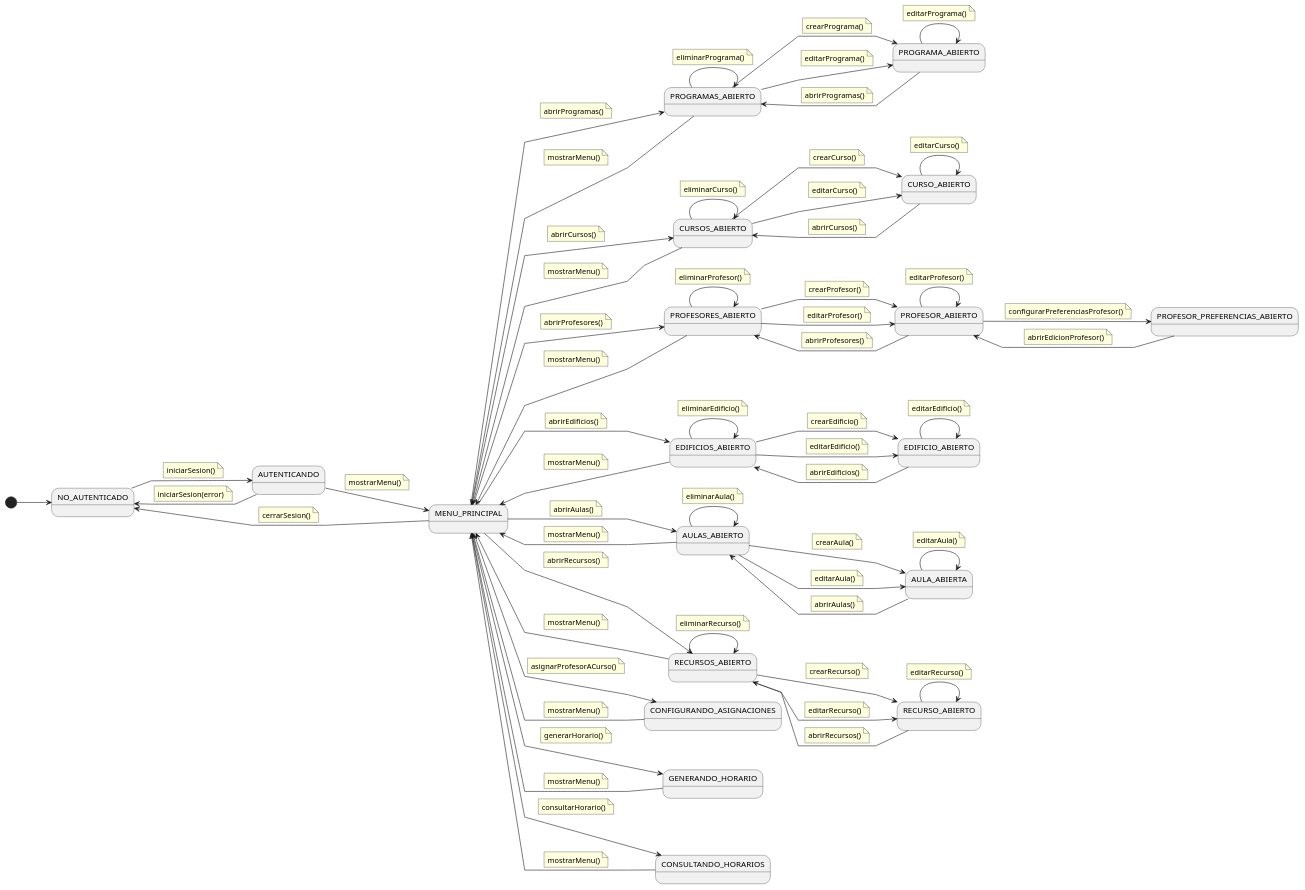
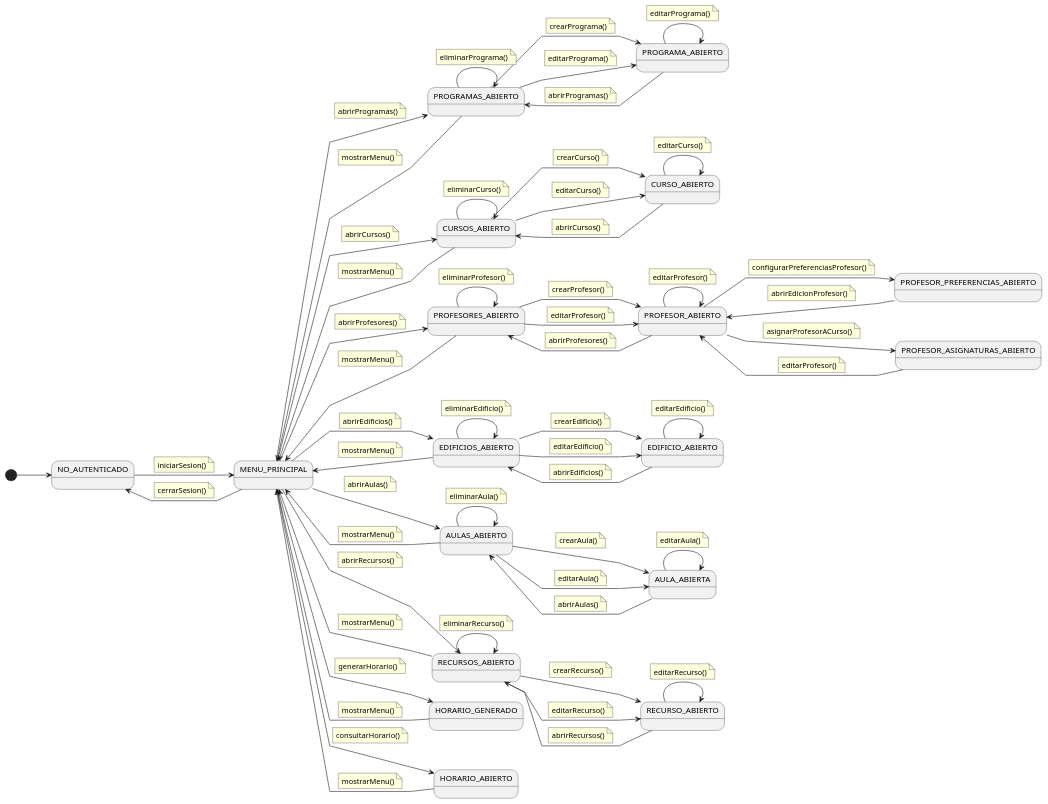
One commit to Hexcss/scheduler changed the diagram in RUP/00-casos-uso/01-actores-casos-uso/diagrama-contexto-administrador.puml. Above: the diagram before and after it, drawn with PlantUML. The commit also changed 1 other file, not shown here.

```diff
--- a/RUP/00-casos-uso/01-actores-casos-uso/diagrama-contexto-administrador.puml
+++ b/RUP/00-casos-uso/01-actores-casos-uso/diagrama-contexto-administrador.puml
@@ -4,7 +4,6 @@
 skinparam linetype polyline
 
 state "NO_AUTENTICADO" as NoAuth
-state "AUTENTICANDO" as PreMenu
 state "MENU_PRINCIPAL" as Menu
 
 state "PROGRAMAS_ABIERTO" as ListProgramas
@@ -21,25 +20,15 @@
 state "RECURSOS_ABIERTO" as ListRecursos
 state "RECURSO_ABIERTO" as EditRecurso
 
-state "CONFIGURANDO_ASIGNACIONES" as Asignaciones
-state "GENERANDO_HORARIO" as Generacion
-state "CONSULTANDO_HORARIOS" as Consulta
+state "PROFESOR_ASIGNATURAS_ABIERTO" as Asignaciones
+state "HORARIO_GENERADO" as Generacion
+state "HORARIO_ABIERTO" as Consulta
 
 [*] --> NoAuth
 
-PreMenu --> NoAuth
-    note on link
-        iniciarSesion(error)
-    end note
-
-NoAuth --> PreMenu
+NoAuth --> Menu
     note on link
         iniciarSesion()
-    end note
-
-PreMenu --> Menu
-    note on link
-        mostrarMenu()
     end note
 
 Menu --> NoAuth
@@ -77,9 +66,14 @@
         abrirRecursos()
     end note
 
-Menu --> Asignaciones
+EditProfesor --> Asignaciones
     note on link
         asignarProfesorACurso()
+    end note
+
+Asignaciones --> EditProfesor
+    note on link
+        editarProfesor()
     end note
 
 Menu --> Generacion
@@ -282,10 +276,7 @@
         mostrarMenu()
     end note
 
-Asignaciones --> Menu
-    note on link
-        mostrarMenu()
-    end note
+
 
 Generacion --> Menu
     note on link
```
